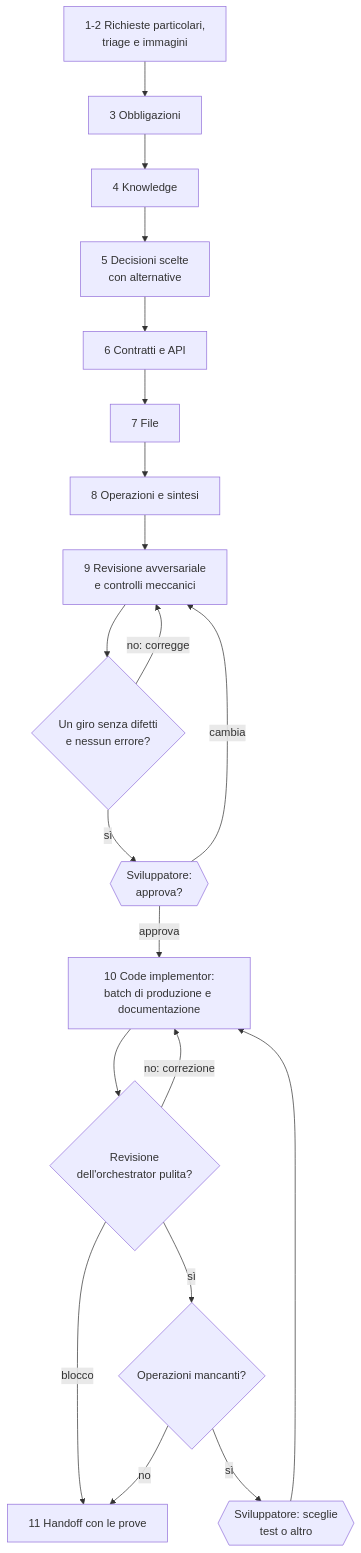
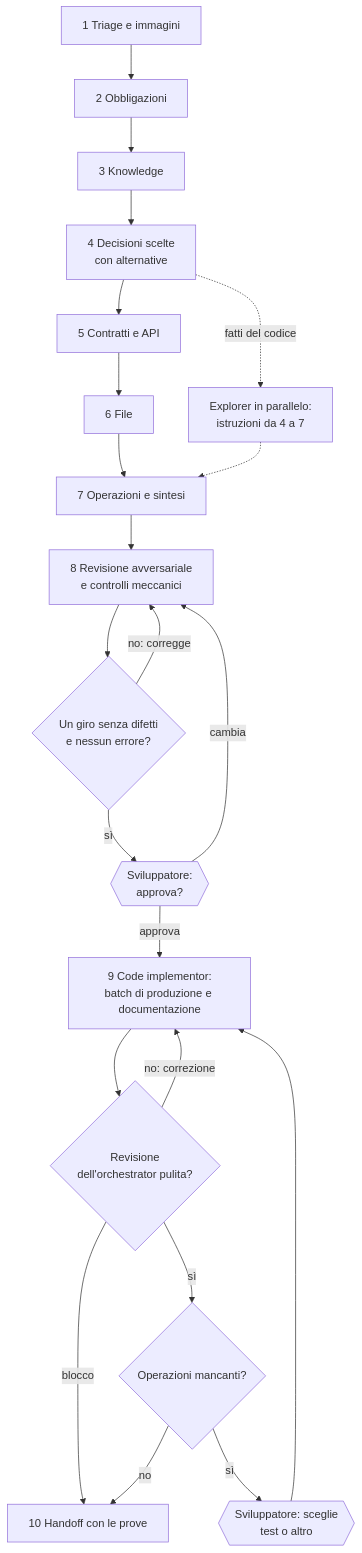
The second of 2 diagrams in orchestrator/slides/reference-flow.md (violabg/agentic-system-lessons), drawn with Mermaid before and after one commit. The commit also changed other lines of this file and 68 other files, not shown here.

````diff
--- a/orchestrator/slides/reference-flow.md
+++ b/orchestrator/slides/reference-flow.md
@@ -47,22 +46,24 @@
 ```mermaid
 flowchart TD
-    D1[1-2 Richieste particolari,<br/>triage e immagini] --> D3[3 Obbligazioni]
-    D3 --> D4[4 Knowledge]
-    D4 --> D5[5 Decisioni scelte<br/>con alternative]
-    D5 --> D6[6 Contratti e API]
-    D6 --> D7[7 File]
-    D7 --> D8[8 Operazioni e sintesi]
-    D8 --> D9[9 Revisione avversariale<br/>e controlli meccanici]
-    D9 --> Clean{Un giro senza difetti<br/>e nessun errore?}
-    Clean -->|no: corregge| D9
+    D1[1 Triage e immagini] --> D2[2 Obbligazioni]
+    D2 --> D3[3 Knowledge]
+    D3 --> D4[4 Decisioni scelte<br/>con alternative]
+    D4 --> D5[5 Contratti e API]
+    D5 --> D6[6 File]
+    D6 --> D7[7 Operazioni e sintesi]
+    D4 -.->|fatti del codice| Ex[Explorer in parallelo:<br/>istruzioni da 4 a 7]
+    Ex -.-> D7
+    D7 --> D8[8 Revisione avversariale<br/>e controlli meccanici]
+    D8 --> Clean{Un giro senza difetti<br/>e nessun errore?}
+    Clean -->|no: corregge| D8
     Clean -->|sì| Review{{Sviluppatore:<br/>approva?}}
-    Review -->|cambia| D9
-    Review -->|approva| D10[10 Code implementor:<br/>batch di produzione e documentazione]
-    D10 --> Check{Revisione<br/>dell'orchestrator pulita?}
-    Check -->|no: correzione| D10
-    Check -->|blocco| D11
+    Review -->|cambia| D8
+    Review -->|approva| D9[9 Code implementor:<br/>batch di produzione e documentazione]
+    D9 --> Check{Revisione<br/>dell'orchestrator pulita?}
+    Check -->|no: correzione| D9
+    Check -->|blocco| D10
     Check -->|sì| Consult{Operazioni mancanti?}
     Consult -->|sì| Select{{Sviluppatore: sceglie<br/>test o altro}}
-    Select --> D10
-    Consult -->|no| D11[11 Handoff con le prove]
+    Select --> D9
+    Consult -->|no| D10[10 Handoff con le prove]
 ```
````
